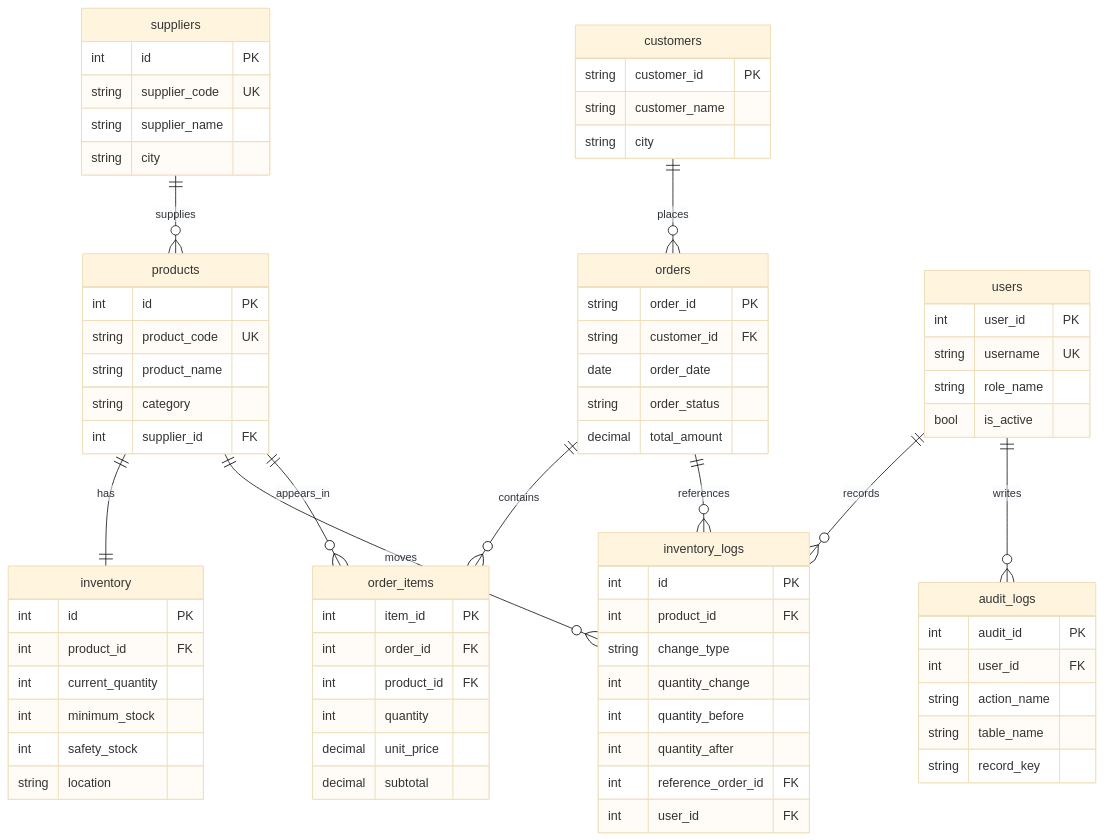
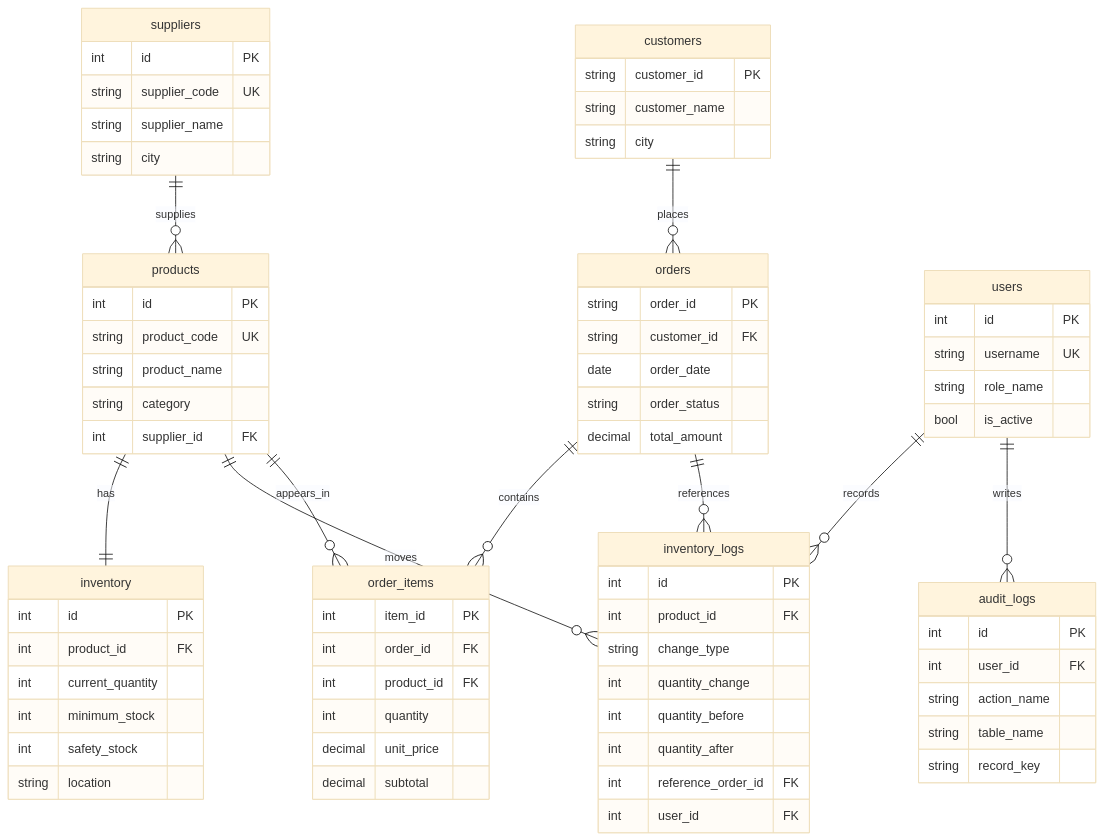
One commit to eggiecui-del/inventory-order-data-management-demo changed the diagram in docs/erd.md. Above: the diagram before and after it, drawn with Mermaid (base theme). The commit also changed 1 other file, not shown here.

Commit message:
Document business problem, architecture, and known limitations in README
Added explicit Business Problem and Architecture sections to README.md .Added a Known Limitations section listing what's been tried but not fully solve. Fixed a real bug in docs/erd.md, the users and audit_logs tables were shown with primary key fields named user_id/audit_id, but the actual schema uses id for both.

```diff
--- a/docs/erd.md
+++ b/docs/erd.md
@@ -73,14 +73,14 @@
     }
 
     users {
-        int user_id PK
+        int id PK
         string username UK
         string role_name
         bool is_active
     }
 
     audit_logs {
-        int audit_id PK
+        int id PK
         int user_id FK
         string action_name
         string table_name
```
